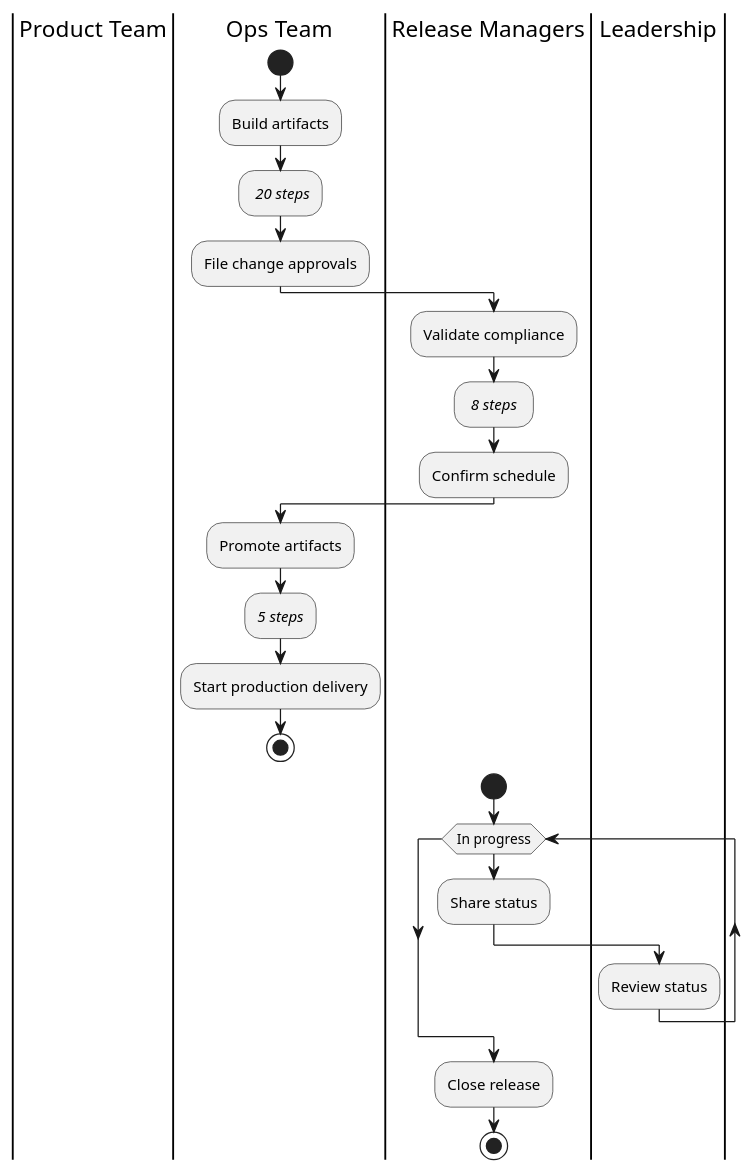
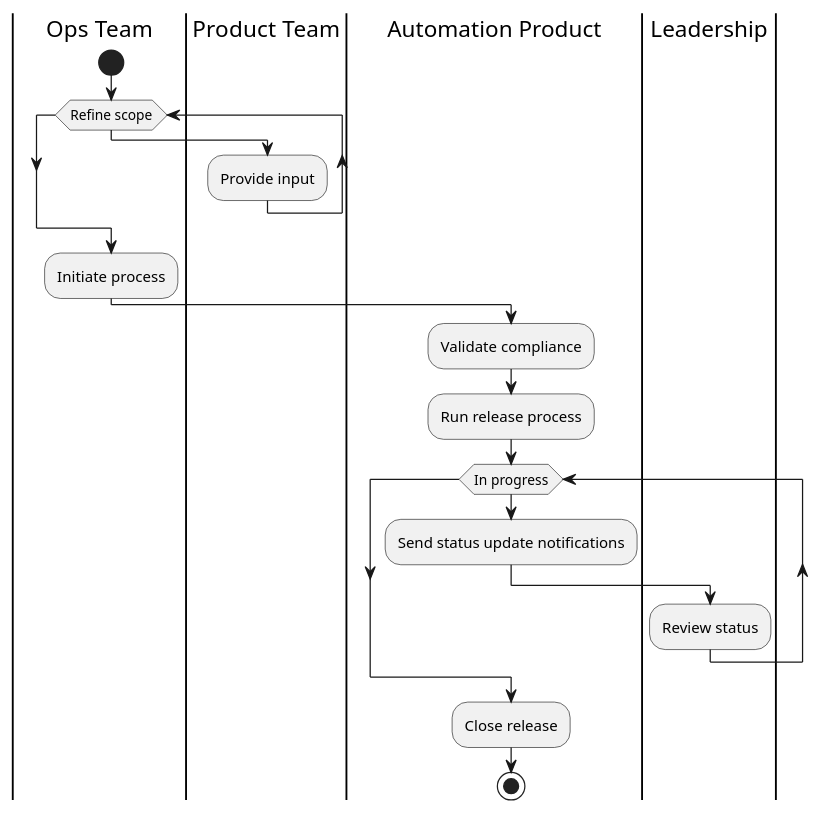
One commit to davidmreed/ktema-org-zola changed the second of 4 diagrams in content/articles/on-creating-automation-products.md. Above: the diagram before and after it, drawn with PlantUML. The commit also changed other lines of this file, not shown here.

````diff
--- a/content/articles/on-creating-automation-products.md
+++ b/content/articles/on-creating-automation-products.md
@@ -22,31 +141,23 @@
 ```plantuml
 @startuml
-|Product Team|
 |Ops Team|
 start
-:Build artifacts;
-: //20 steps//;
-:File change approvals;
-|Release Managers|
+while (Refine scope)
+|Product Team|
+:Provide input;
+|Ops Team|
+end while
+:Initiate process;
+|Automation Product|
 :Validate compliance;
-: //8 steps// ;
-:Confirm schedule;
-|Ops Team|
-:Promote artifacts;
-://5 steps//;
-:Start production delivery;
-stop
-
-|Release Managers|
-start
+:Run release process;
   while (In progress)
-   :Share status;
+   :Send status update notifications;
 |Leadership|
    :Review status;
   endwhile
-
-|Release Managers|
+|Automation Product|
 :Close release;
 stop
 @enduml
 ```
````
